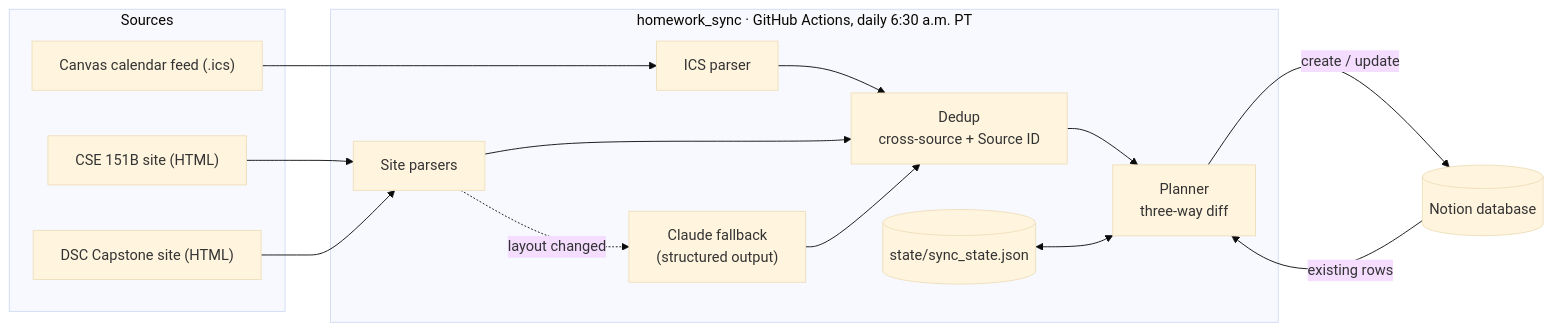
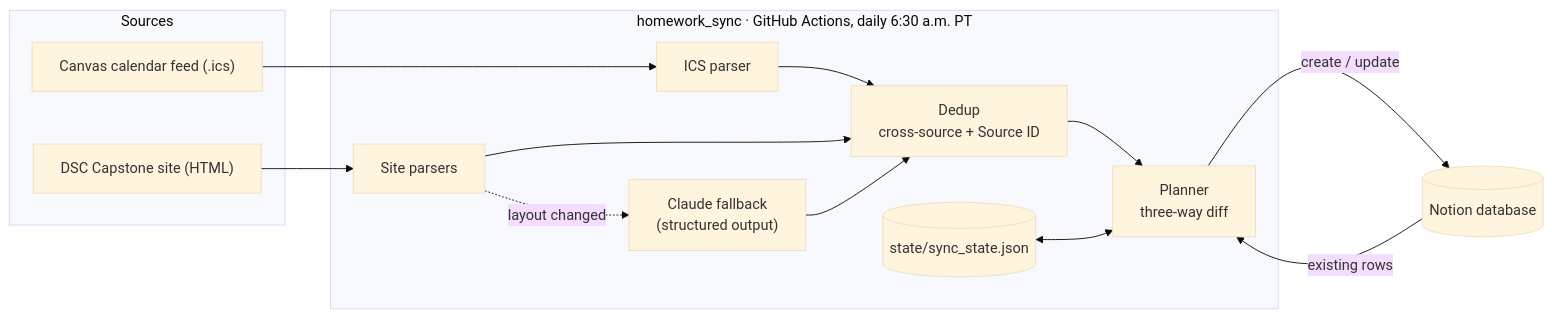
The diagram in README.md (flaviagt/homework-sync), drawn with Mermaid (base theme) before and after one commit. The commit also changed other lines of this file and 16 other files, not shown here.

First line of the commit message:
Remove CSE 151B and fix Capstone site parsing

````diff
--- a/README.md
+++ b/README.md
@@ -13,29 +13,27 @@
 ```mermaid
 flowchart LR
   subgraph Sources
     A["Canvas calendar feed (.ics)"]
-    B["CSE 151B site (HTML)"]
     C["DSC Capstone site (HTML)"]
   end
 
   subgraph Sync["homework_sync · GitHub Actions, daily 6:30 a.m. PT"]
     P1[ICS parser]
     P2[Site parsers]
     L["Claude fallback<br/>(structured output)"]
     D["Dedup<br/>cross-source + Source ID"]
     PL["Planner<br/>three-way diff"]
     S[("state/sync_state.json")]
   end
 
   N[("Notion database")]
 
   A --> P1 --> D
-  B --> P2
   C --> P2
   P2 --> D
   P2 -. "layout changed" .-> L --> D
   D --> PL
   S <--> PL
   N -- "existing rows" --> PL
   PL -- "create / update" --> N
 ```
````
